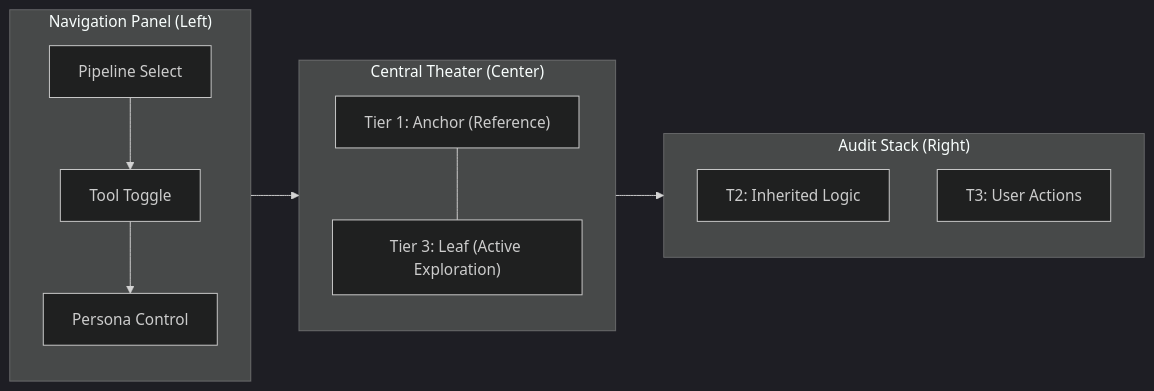
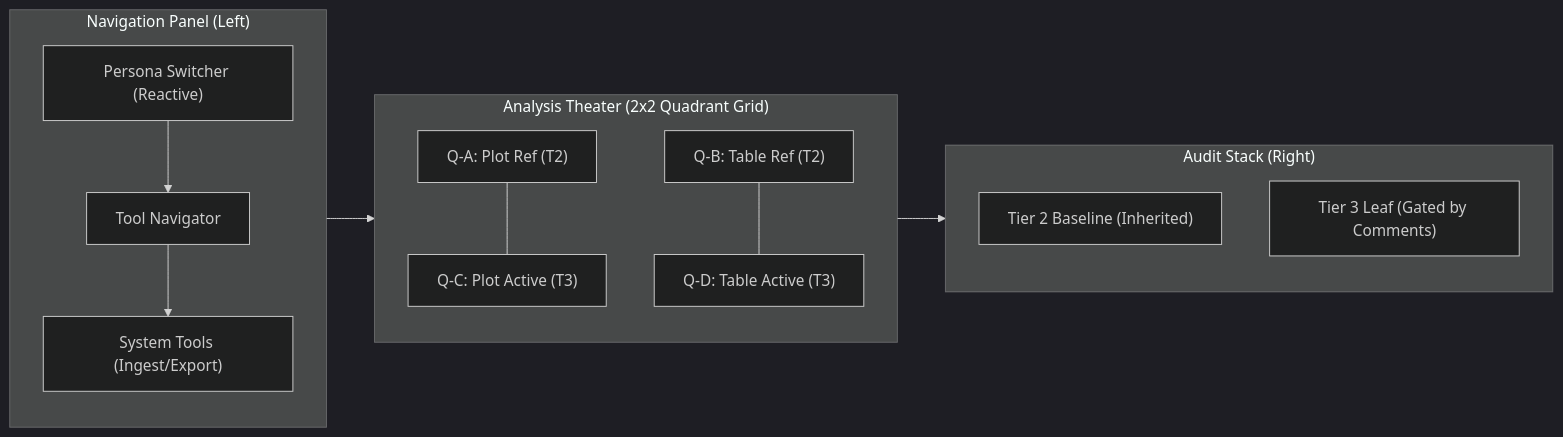
One commit to NorwegianVeterinaryInstitute/SPARMVET_VIZ changed the diagram in docs/workflows/dashboard_app.qmd. Above: the diagram before and after it, drawn with Mermaid (dark theme). The commit also changed other lines of this file and 8 other files, not shown here.

Commit message:
feat: implement persona-based UI reactivity tests and consolidate architectural documentation and tasks

````diff
--- a/docs/workflows/dashboard_app.qmd
+++ b/docs/workflows/dashboard_app.qmd
@@ -28,22 +28,23 @@
 ```{mermaid}
 graph LR
     subgraph Left_Sidebar ["Navigation Panel (Left)"]
         direction TB
-        A["Pipeline Select"] --> B["Tool Toggle"]
-        B --> C["Persona Control"]
+        A["Persona Switcher (Reactive)"] --> B["Tool Navigator"]
+        B --> C["System Tools (Ingest/Export)"]
     end
     
-    subgraph Central_Theater ["Central Theater (Center)"]
+    subgraph Central_Theater ["Analysis Theater (2x2 Quadrant Grid)"]
         direction TB
-        D["Tier 1: Anchor (Reference)"] --- E["Tier 3: Leaf (Active Exploration)"]
+        D["Q-A: Plot Ref (T2)"] --- E["Q-C: Plot Active (T3)"]
+        F["Q-B: Table Ref (T2)"] --- G["Q-D: Table Active (T3)"]
     end
     
     subgraph Right_Sidebar ["Audit Stack (Right)"]
         direction TB
-        F["T2: Inherited Logic"]
-        G["T3: User Actions"]
+        H["Tier 2 Baseline (Inherited)"]
+        I["Tier 3 Leaf (Gated by Comments)"]
     end
     
     Left_Sidebar --> Central_Theater
     Central_Theater --> Right_Sidebar
 ```
````
